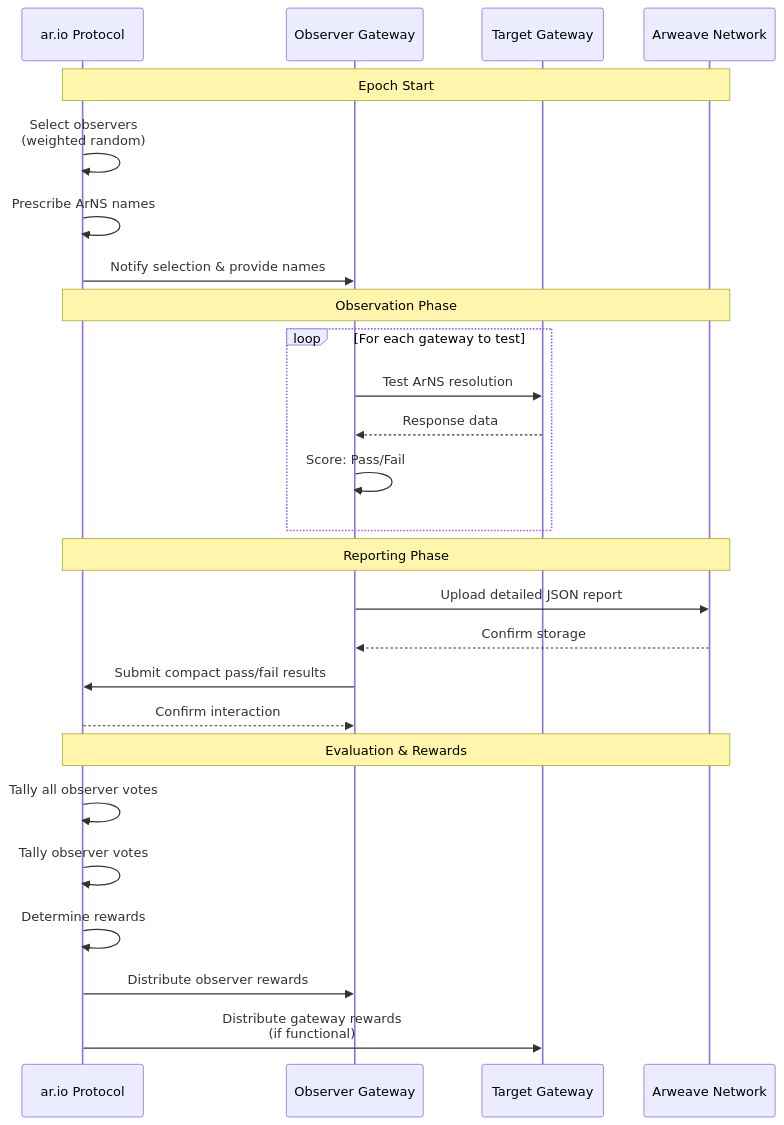
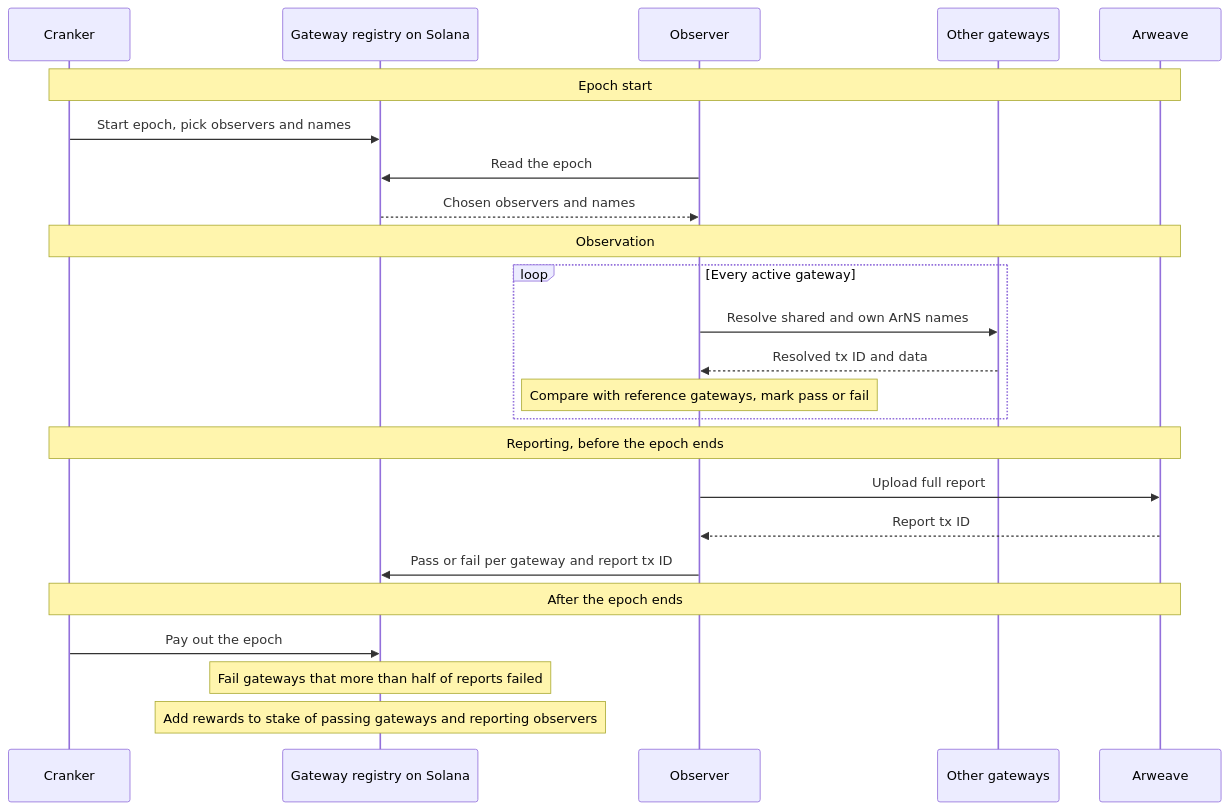
The diagram in content/learn/oip/index.mdx (ar-io/docs), drawn with Mermaid before and after one commit. The commit also changed other lines of this file and 25 other files, not shown here.

````diff
--- a/content/learn/oip/index.mdx
+++ b/content/learn/oip/index.mdx
@@ -19,31 +17,30 @@
 ```mermaid
 sequenceDiagram
-    participant SC as ar.io Protocol
-    participant OBS as Observer Gateway
-    participant GW as Target Gateway
-    participant AR as Arweave Network
+    accTitle: Observers test every gateway, and the protocol pays the gateways that most observers passed
+    accDescr: At the start of an epoch a cranker asks the gateway registry program on Solana to pick up to 50 observers and up to 2 shared ArNS names. Each chosen observer reads that assignment and asks every gateway to resolve the shared names plus some names it picks itself. It compares each answer with trusted reference gateways and marks the gateway pass or fail. Before the epoch ends it uploads its full report to Arweave and submits a pass or fail result for each gateway, plus the report's transaction ID. After the epoch ends a cranker triggers payout. A gateway fails if more than half of the submitted reports failed it. Passing gateways, and gateways whose observers reported, get their rewards added to stake.
 
-    Note over SC,AR: Epoch Start
-    SC->>SC: Select observers<br/>(weighted random)
-    SC->>SC: Prescribe ArNS names
-    SC->>OBS: Notify selection & provide names
+    participant CR as Cranker
+    participant GAR as Gateway registry on Solana
+    participant OBS as Observer
+    participant GW as Other gateways
+    participant AR as Arweave
 
-    Note over SC,AR: Observation Phase
-    loop For each gateway to test
-        OBS->>GW: Test ArNS resolution
-        GW-->>OBS: Response data
-        OBS->>OBS: Score: Pass/Fail
+    Note over CR,AR: Epoch start
+    CR->>GAR: Start epoch, pick observers and names
+    OBS->>GAR: Read the epoch
+    GAR-->>OBS: Chosen observers and names
+    Note over CR,AR: Observation
+    loop Every active gateway
+        OBS->>GW: Resolve shared and own ArNS names
+        GW-->>OBS: Resolved tx ID and data
+        Note over OBS: Compare with reference gateways, mark pass or fail
     end
-    Note over SC,AR: Reporting Phase
-    OBS->>AR: Upload detailed JSON report
-    AR-->>OBS: Confirm storage
-    OBS->>SC: Submit compact pass/fail results
-    SC-->>OBS: Confirm interaction
-
-    Note over SC,AR: Evaluation & Rewards
-    SC->>SC: Tally all observer votes
-    SC->>SC: Tally observer votes
-    SC->>SC: Determine rewards
-    SC->>OBS: Distribute observer rewards
-    SC->>GW: Distribute gateway rewards<br/>(if functional)
+    Note over CR,AR: Reporting, before the epoch ends
+    OBS->>AR: Upload full report
+    AR-->>OBS: Report tx ID
+    OBS->>GAR: Pass or fail per gateway and report tx ID
+    Note over CR,AR: After the epoch ends
+    CR->>GAR: Pay out the epoch
+    Note over GAR: Fail gateways that more than half of reports failed
+    Note over GAR: Add rewards to stake of passing gateways and reporting observers
 ```
````
